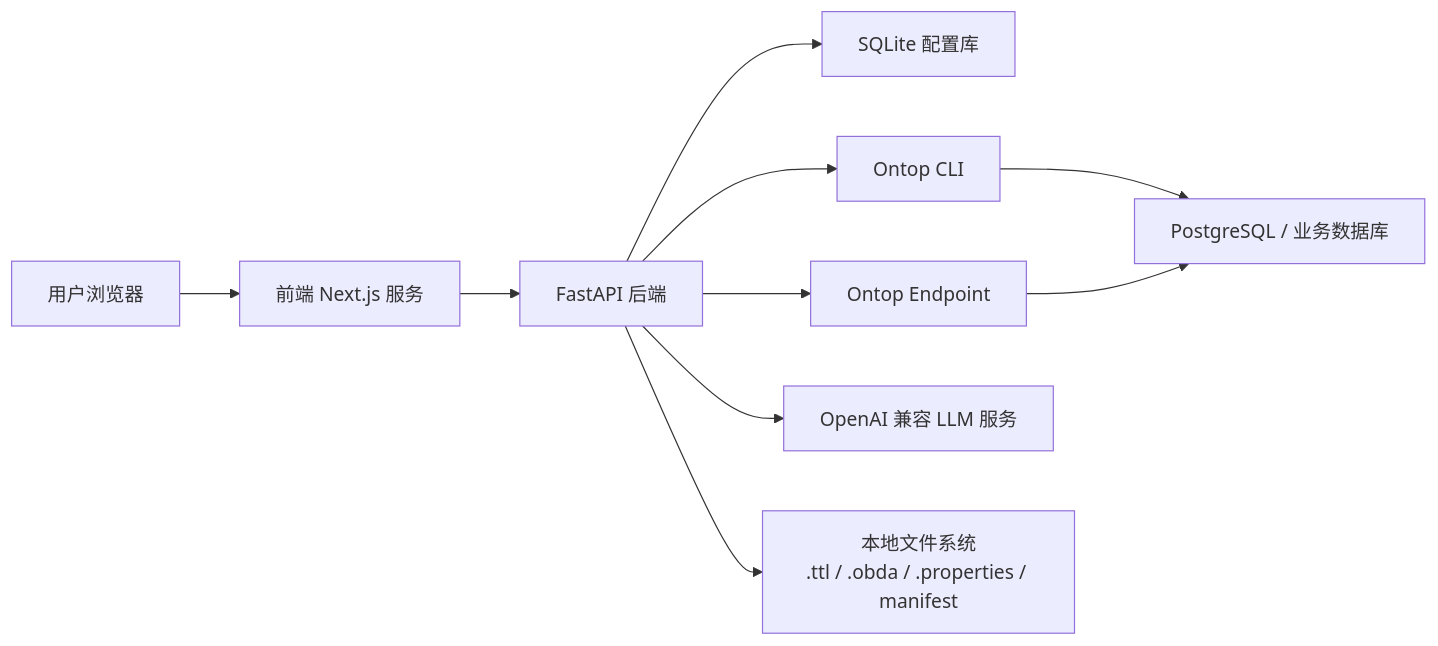
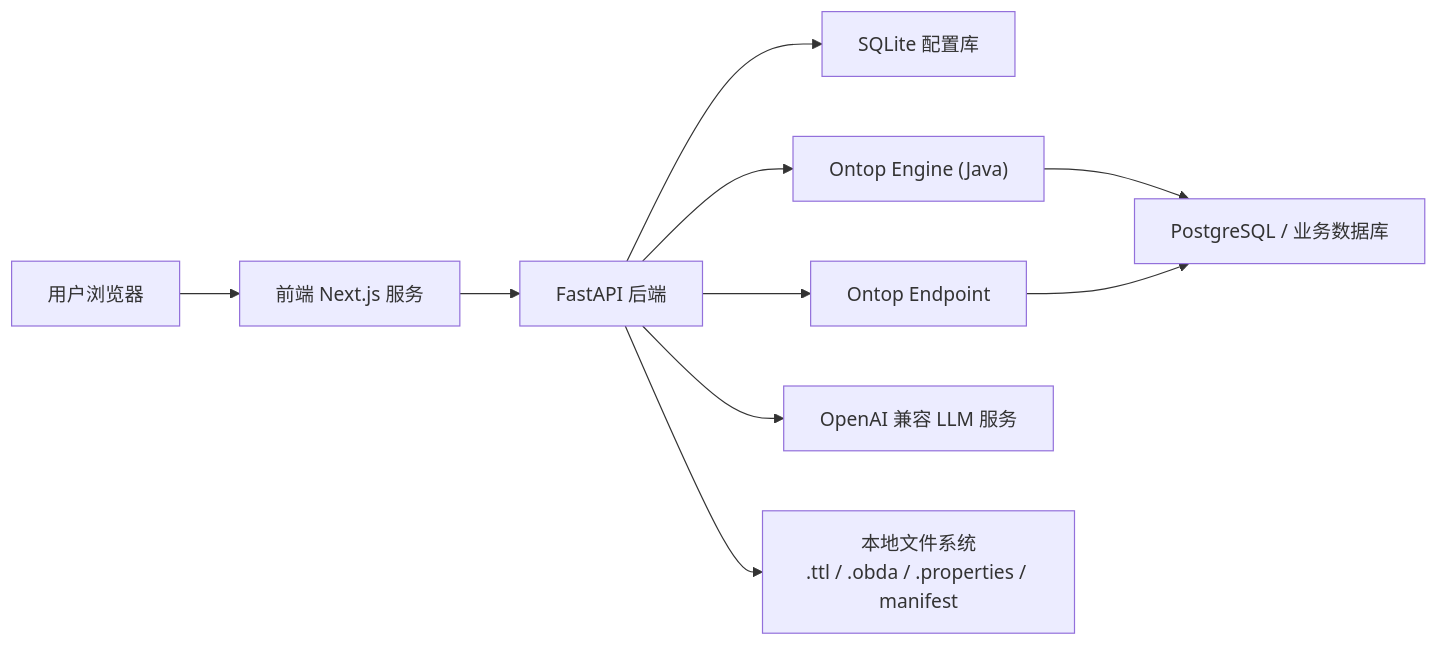
Before and after one commit to wank125/ontop-ui: the first of 4 diagrams in docs/架构设计.md, drawn with Mermaid. The commit also changed other lines of this file and 1 other file, not shown here.

````diff
--- a/docs/架构设计.md
+++ b/docs/架构设计.md
@@ -44,12 +48,12 @@
 ```mermaid
 flowchart LR
     U["用户浏览器"] --> F["前端 Next.js 服务"]
     F --> B["FastAPI 后端"]
     B --> S["SQLite 配置库"]
-    B --> O["Ontop CLI"]
-    B --> E["Ontop Endpoint"]
+    B --> E["Ontop Engine (Java)"]
+    E --> P["PostgreSQL / 业务数据库"]
+    B --> EP["Ontop Endpoint"]
+    EP --> P
     B --> L["OpenAI 兼容 LLM 服务"]
-    O --> P["PostgreSQL / 业务数据库"]
-    E --> P
     B --> FS["本地文件系统<br/>.ttl / .obda / .properties / manifest"]
 ```
````
